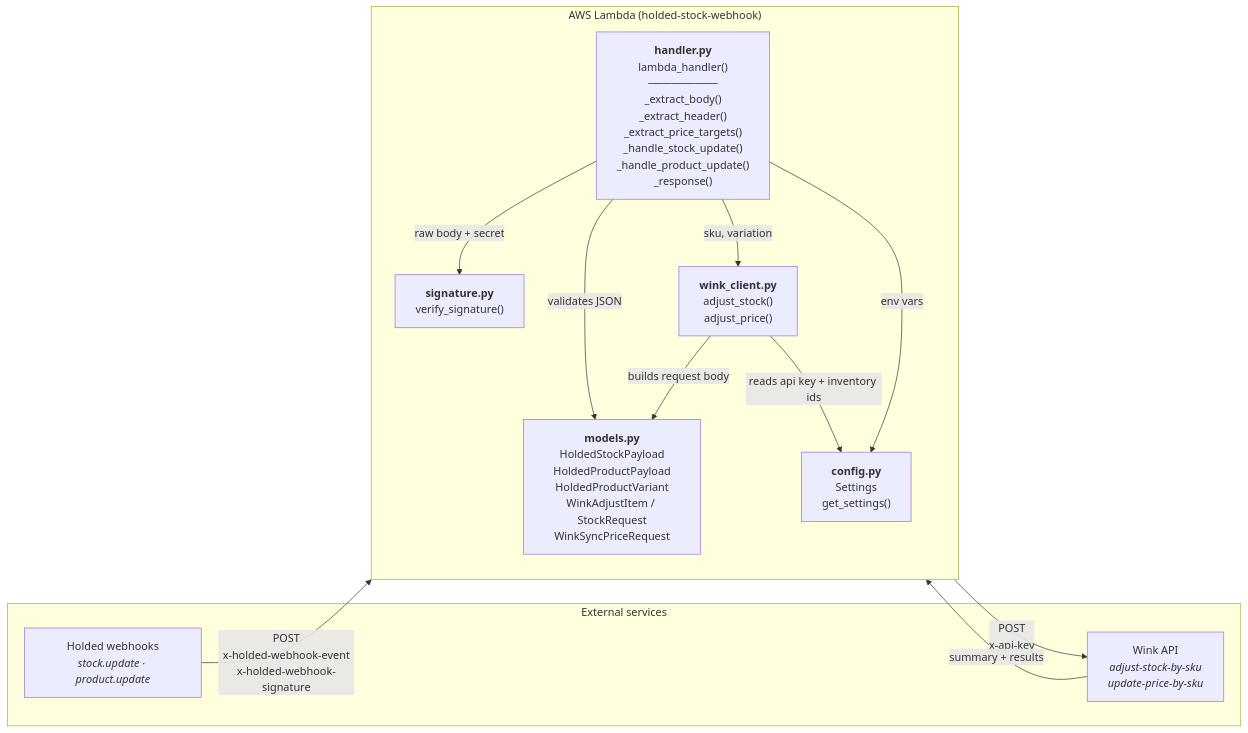
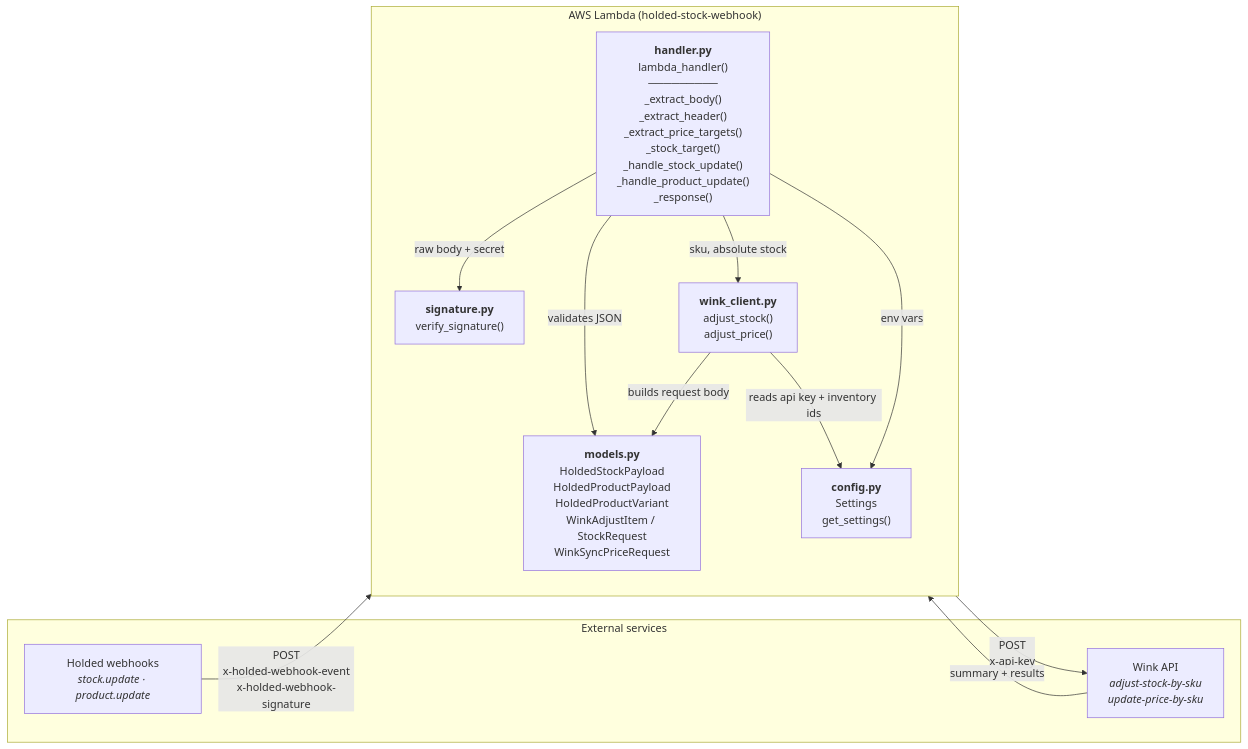
The first of 4 diagrams in README.md (danrivsa/santo-suplemento-invetory-sync-webhook), drawn with Mermaid before and after one commit. The commit also changed other lines of this file and 8 other files, not shown here.

Commit message:
feat(stock): replace stock.sync to absolute values using Wink 'replace'; remove allowlist + dedupe + zero_variation skip; use calculatedVariantStock when variantId present; add rejection logging

````diff
--- a/README.md
+++ b/README.md
@@ -9,28 +9,28 @@
 ```mermaid
 flowchart LR
     subgraph External["External services"]
         Holded["Holded webhooks<br/><i>stock.update · product.update</i>"]
         Wink["Wink API<br/><i>adjust-stock-by-sku<br/>update-price-by-sku</i>"]
     end
 
     subgraph Lambda["AWS Lambda (holded-stock-webhook)"]
         direction TB
-        Handler["<b>handler.py</b><br/>lambda_handler()<br/>─────────<br/>_extract_body()<br/>_extract_header()<br/>_extract_price_targets()<br/>_handle_stock_update()<br/>_handle_product_update()<br/>_response()"]
+        Handler["<b>handler.py</b><br/>lambda_handler()<br/>─────────<br/>_extract_body()<br/>_extract_header()<br/>_extract_price_targets()<br/>_stock_target()<br/>_handle_stock_update()<br/>_handle_product_update()<br/>_response()"]
 
         Sig["<b>signature.py</b><br/>verify_signature()"]
         Models["<b>models.py</b><br/>HoldedStockPayload<br/>HoldedProductPayload<br/>HoldedProductVariant<br/>WinkAdjustItem / StockRequest<br/>WinkSyncPriceRequest"]
         Client["<b>wink_client.py</b><br/>adjust_stock()<br/>adjust_price()"]
         Config["<b>config.py</b><br/>Settings<br/>get_settings()"]
 
         Handler -->|"raw body + secret"| Sig
         Handler -->|"validates JSON"| Models
-        Handler -->|"sku, variation"| Client
+        Handler -->|"sku, absolute stock"| Client
         Handler -->|"env vars"| Config
         Client -->|"builds request body"| Models
         Client -->|"reads api key + inventory ids"| Config
     end
 
     Holded -->|"POST<br/>x-holded-webhook-event<br/>x-holded-webhook-signature"| Handler
     Client -->|"POST<br/>x-api-key"| Wink
     Wink -->|"summary + results"| Client
 ```
````
